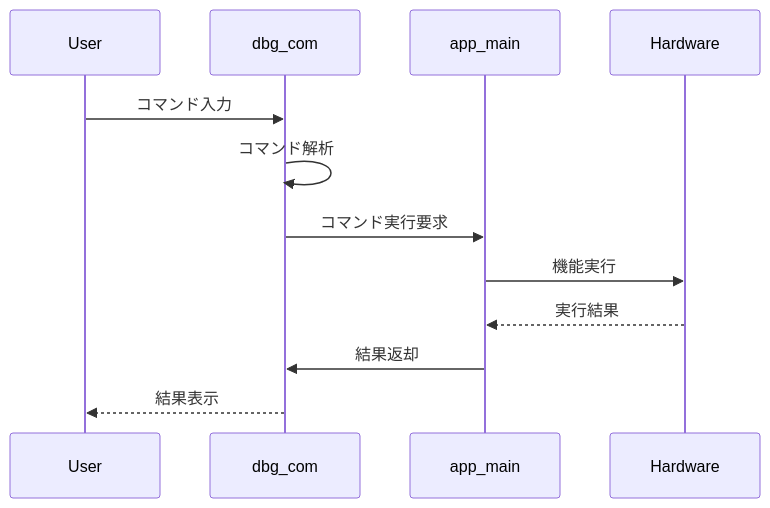
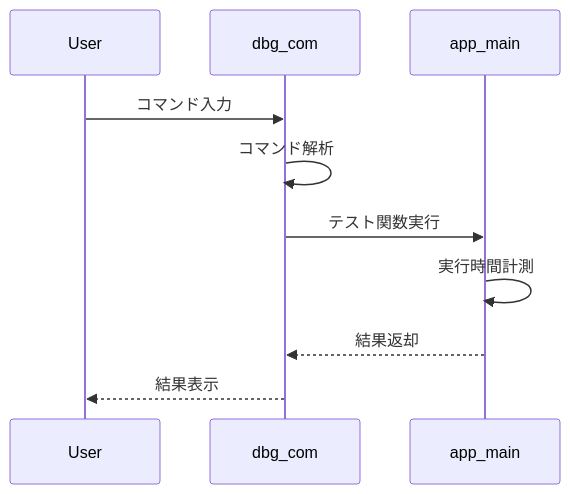
One commit to Chimipupu/rp2350_dev changed the third of 3 diagrams in doc/設計書/pj_design_rp2350.md. Above: the diagram before and after it, drawn with Mermaid. The commit also changed other lines of this file and 1 other file, not shown here.

````diff
--- a/doc/設計書/pj_design_rp2350.md
+++ b/doc/設計書/pj_design_rp2350.md
@@ -49,15 +41,13 @@
 ```mermaid
 sequenceDiagram
     participant User
     participant dbg_com
     participant app_main
-    participant Hardware
-
+    
     User->>dbg_com: コマンド入力
     dbg_com->>dbg_com: コマンド解析
-    dbg_com->>app_main: コマンド実行要求
-    app_main->>Hardware: 機能実行
-    Hardware-->>app_main: 実行結果
-    app_main->>dbg_com: 結果返却
+    dbg_com->>app_main: テスト関数実行
+    app_main->>app_main: 実行時間計測
+    app_main-->>dbg_com: 結果返却
     dbg_com-->>User: 結果表示
 ```
````
